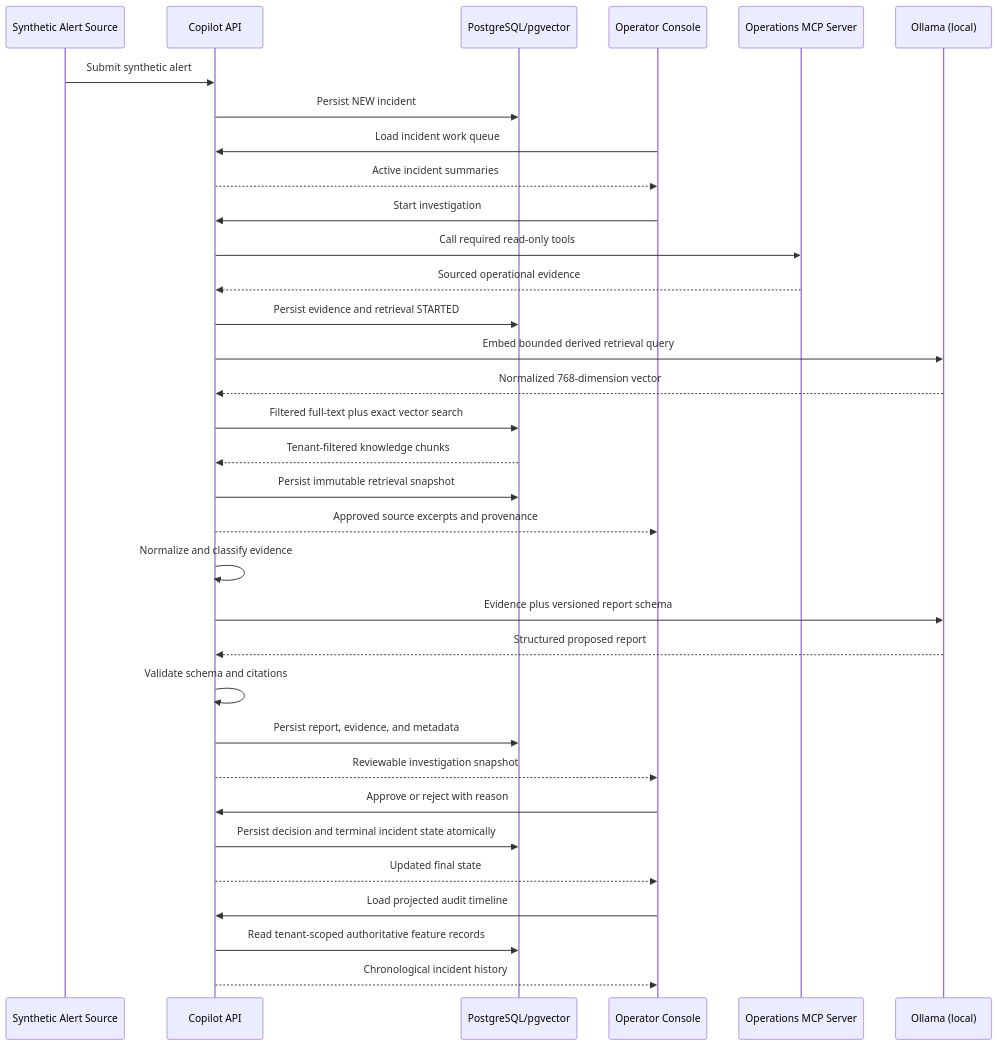
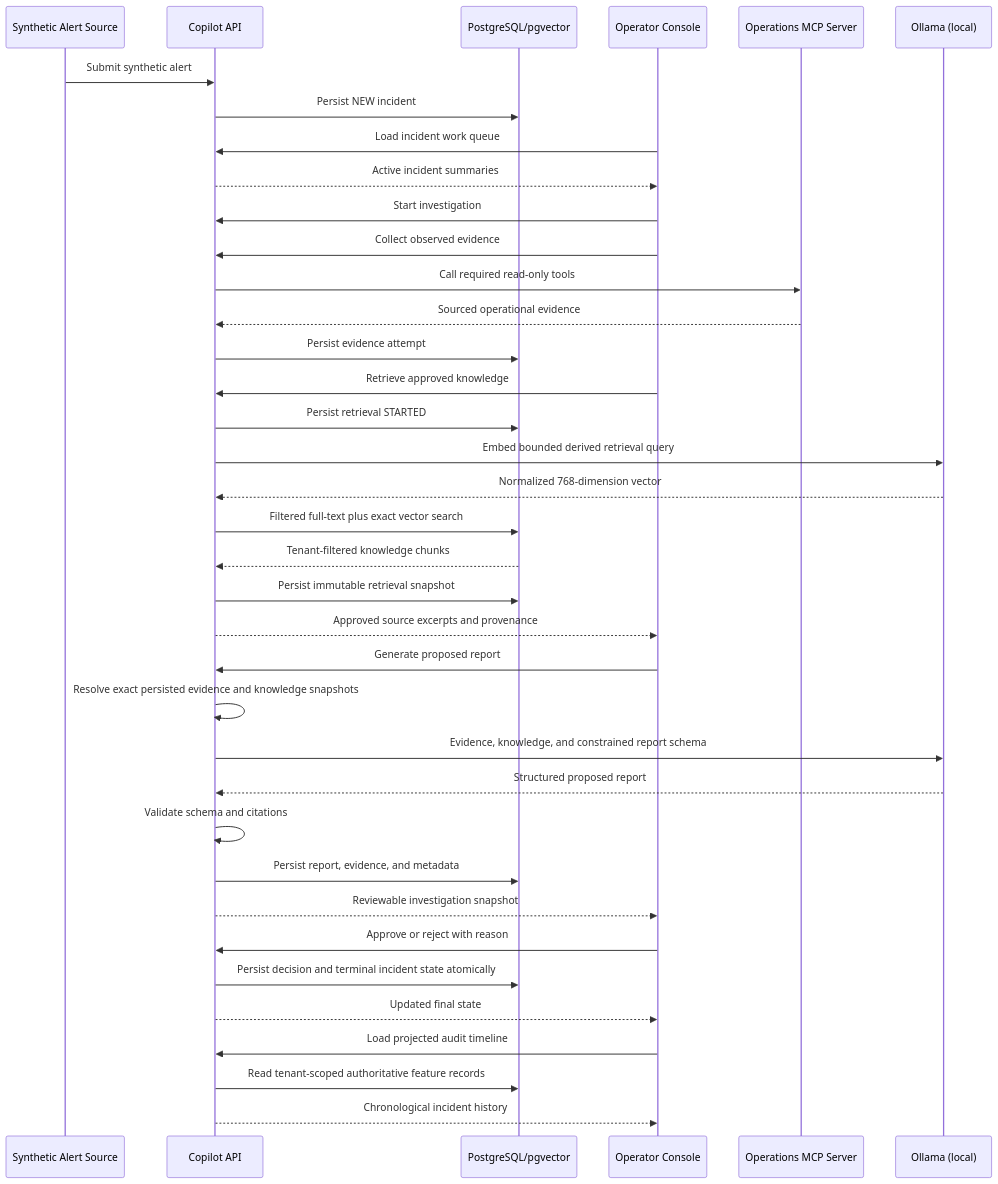
One commit to cguzowski/payment-incident-copilot changed the diagram in docs/agent/ARCHITECTURE.md. Above: the diagram before and after it, drawn with Mermaid. The commit also changed other lines of this file and 28 other files, not shown here.

````diff
--- a/docs/agent/ARCHITECTURE.md
+++ b/docs/agent/ARCHITECTURE.md
@@ -100,36 +100,40 @@
 ```mermaid
 sequenceDiagram
     participant S as Synthetic Alert Source
     participant A as Copilot API
     participant D as PostgreSQL/pgvector
     participant U as Operator Console
     participant M as Operations MCP Server
     participant O as Ollama (local)
 
     S->>A: Submit synthetic alert
     A->>D: Persist NEW incident
     U->>A: Load incident work queue
     A-->>U: Active incident summaries
     U->>A: Start investigation
+    U->>A: Collect observed evidence
     A->>M: Call required read-only tools
     M-->>A: Sourced operational evidence
-    A->>D: Persist evidence and retrieval STARTED
+    A->>D: Persist evidence attempt
+    U->>A: Retrieve approved knowledge
+    A->>D: Persist retrieval STARTED
     A->>O: Embed bounded derived retrieval query
     O-->>A: Normalized 768-dimension vector
     A->>D: Filtered full-text plus exact vector search
     D-->>A: Tenant-filtered knowledge chunks
     A->>D: Persist immutable retrieval snapshot
     A-->>U: Approved source excerpts and provenance
-    A->>A: Normalize and classify evidence
-    A->>O: Evidence plus versioned report schema
+    U->>A: Generate proposed report
+    A->>A: Resolve exact persisted evidence and knowledge snapshots
+    A->>O: Evidence, knowledge, and constrained report schema
     O-->>A: Structured proposed report
     A->>A: Validate schema and citations
     A->>D: Persist report, evidence, and metadata
     A-->>U: Reviewable investigation snapshot
     U->>A: Approve or reject with reason
     A->>D: Persist decision and terminal incident state atomically
     A-->>U: Updated final state
     U->>A: Load projected audit timeline
     A->>D: Read tenant-scoped authoritative feature records
     A-->>U: Chronological incident history
 ```
````
